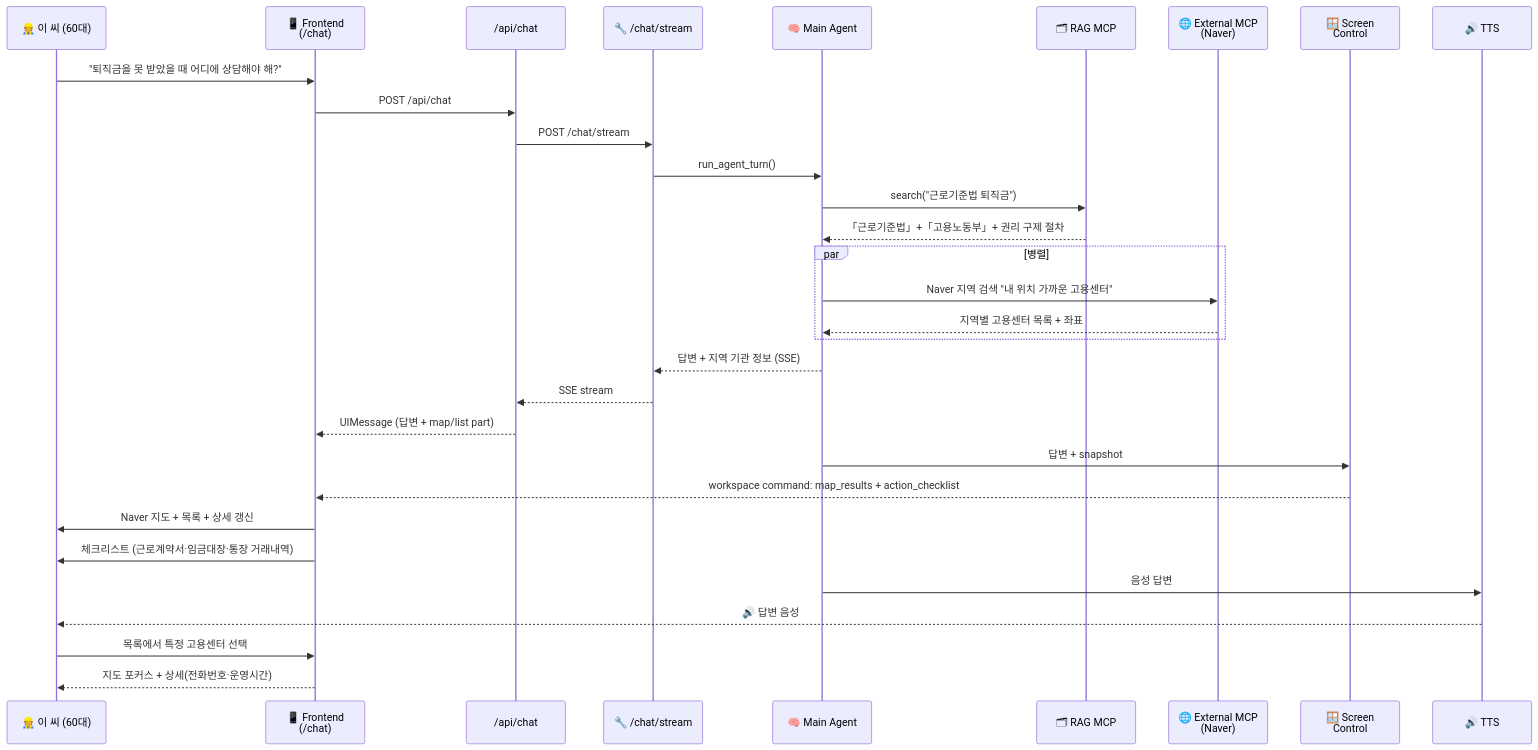
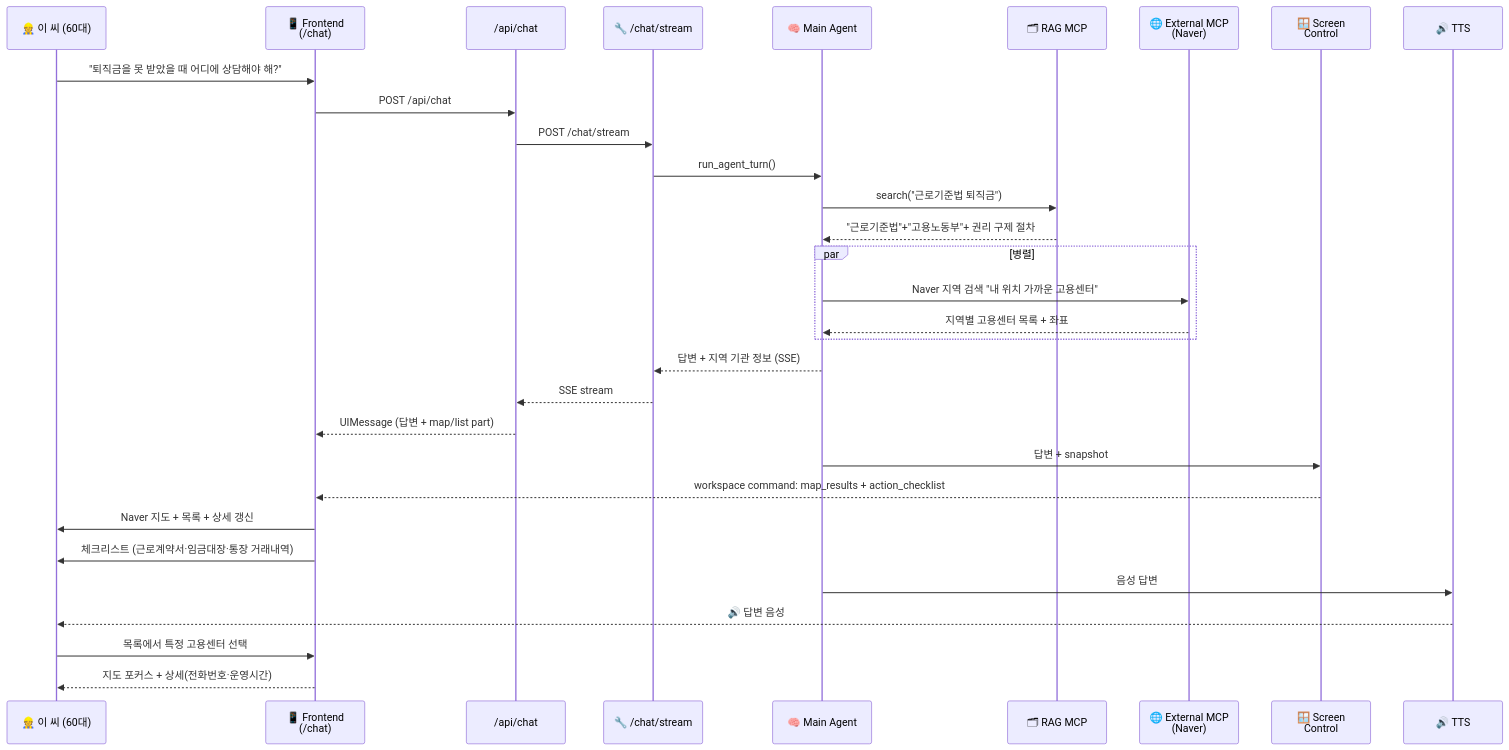
Before and after one commit to vosnuev/elderly-legal-rag: the third of 3 diagrams in README.md, drawn with Mermaid. The commit also changed other lines of this file, not shown here.

````diff
--- a/README.md
+++ b/README.md
@@ -296,34 +296,34 @@
 ```mermaid
 sequenceDiagram
   participant U as 👷 이 씨 (60대)
   participant FE as 📱 Frontend<br/>(/chat)
   participant BFF as /api/chat
   participant BE as 🔧 /chat/stream
   participant MA as 🧠 Main Agent
   participant RAG as 🗂 RAG MCP
   participant EXT as 🌐 External MCP<br/>(Naver)
   participant SC as 🪟 Screen<br/>Control
   participant TTS as 🔊 TTS
 
   U->>FE: "퇴직금을 못 받았을 때 어디에 상담해야 해?"
   FE->>BFF: POST /api/chat
   BFF->>BE: POST /chat/stream
   BE->>MA: run_agent_turn()
   MA->>RAG: search("근로기준법 퇴직금")
-  RAG-->>MA: 「근로기준법」+「고용노동부」+ 권리 구제 절차
+  RAG-->>MA: "근로기준법"+"고용노동부"+ 권리 구제 절차
   par 병렬
     MA->>EXT: Naver 지역 검색 "내 위치 가까운 고용센터"
     EXT-->>MA: 지역별 고용센터 목록 + 좌표
   end
   MA-->>BE: 답변 + 지역 기관 정보 (SSE)
   BE-->>BFF: SSE stream
   BFF-->>FE: UIMessage (답변 + map/list part)
   MA->>SC: 답변 + snapshot
   SC-->>FE: workspace command: map_results + action_checklist
   FE->>U: Naver 지도 + 목록 + 상세 갱신
   FE->>U: 체크리스트 (근로계약서·임금대장·통장 거래내역)
   MA->>TTS: 음성 답변
   TTS-->>U: 🔊 답변 음성
   U->>FE: 목록에서 특정 고용센터 선택
   FE-->>U: 지도 포커스 + 상세(전화번호·운영시간)
 ```
````
